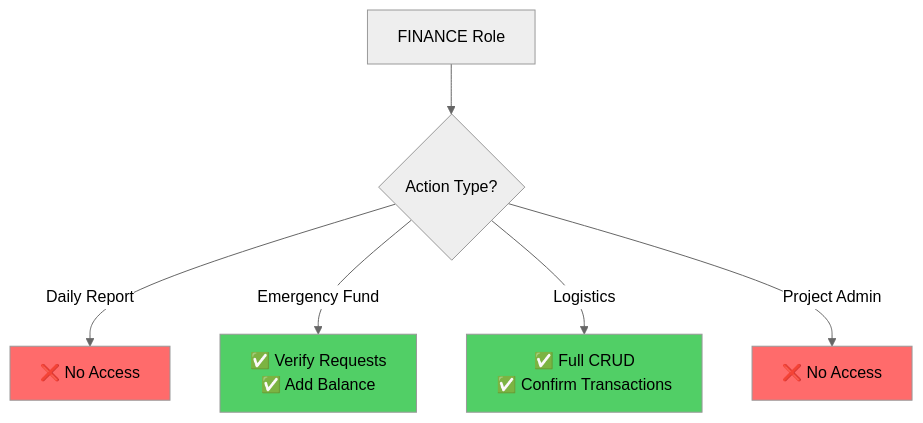
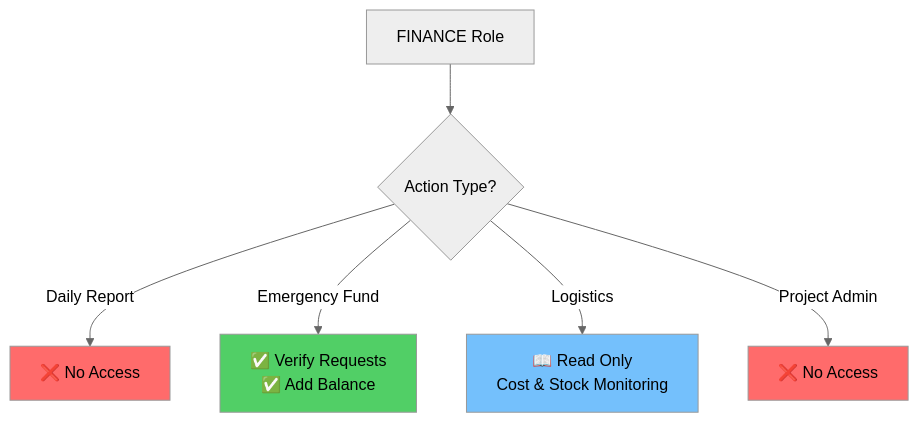
One commit to HaqqiS/sandaran-internal-system changed the eighth of 12 diagrams in docs/permission-flows.md. Above: the diagram before and after it, drawn with Mermaid (neutral theme). The commit also changed other lines of this file and 12 other files, not shown here.

````diff
--- a/docs/permission-flows.md
+++ b/docs/permission-flows.md
@@ -203,14 +203,14 @@
 ```mermaid
 flowchart TD
     Finance[FINANCE Role] --> Actions{Action Type?}
 
     Actions -->|Daily Report| Report[❌ No Access]
     Actions -->|Emergency Fund| Emergency[✅ Verify Requests<br/>✅ Add Balance]
-    Actions -->|Logistics| Logistics[✅ Full CRUD<br/>✅ Confirm Transactions]
+    Actions -->|Logistics| Logistics[📖 Read Only<br/>Cost & Stock Monitoring]
     Actions -->|Project Admin| Admin[❌ No Access]
 
     style Report fill:#ff6b6b
     style Emergency fill:#51cf66
-    style Logistics fill:#51cf66
+    style Logistics fill:#74c0fc
     style Admin fill:#ff6b6b
 ```
````
